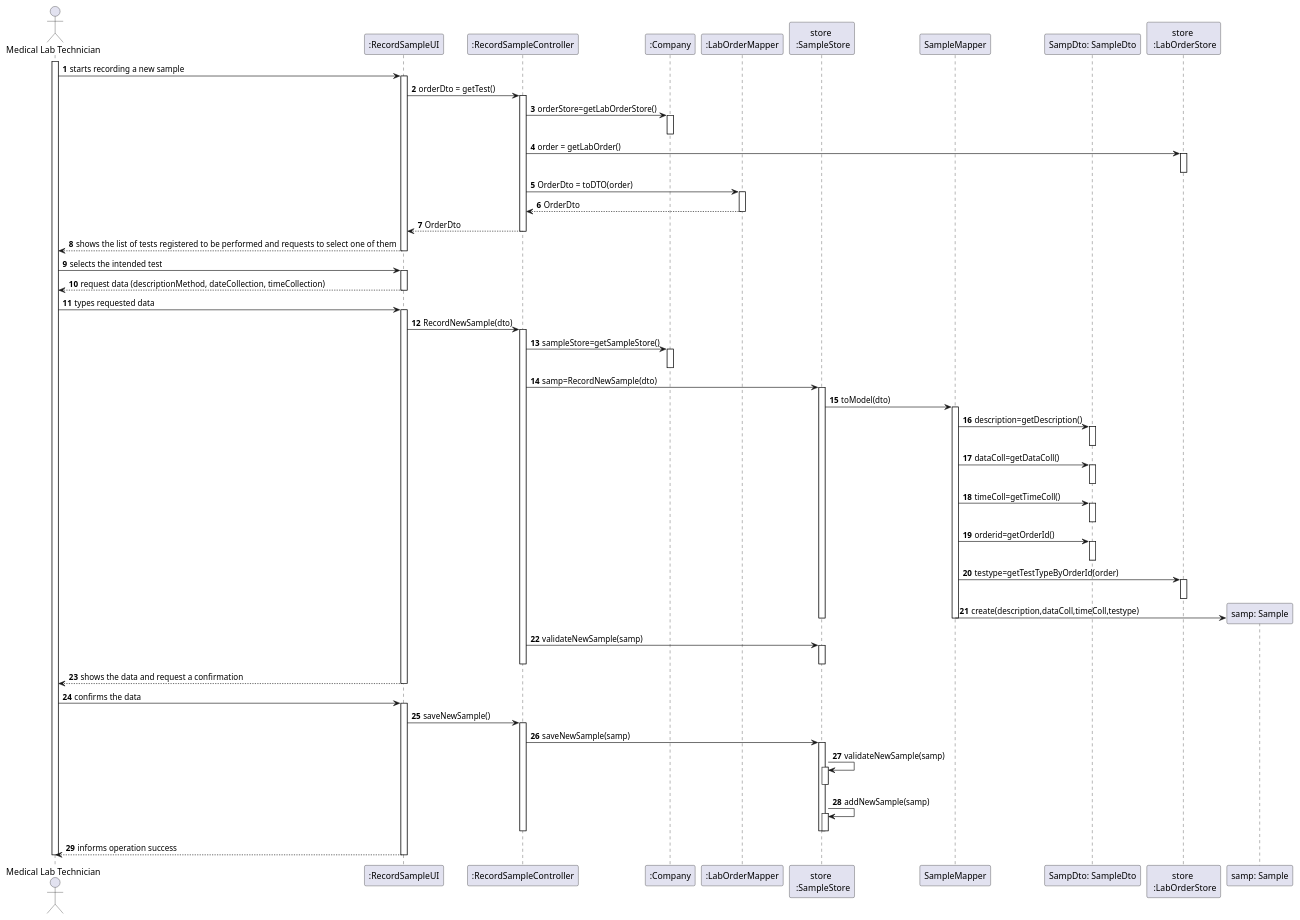
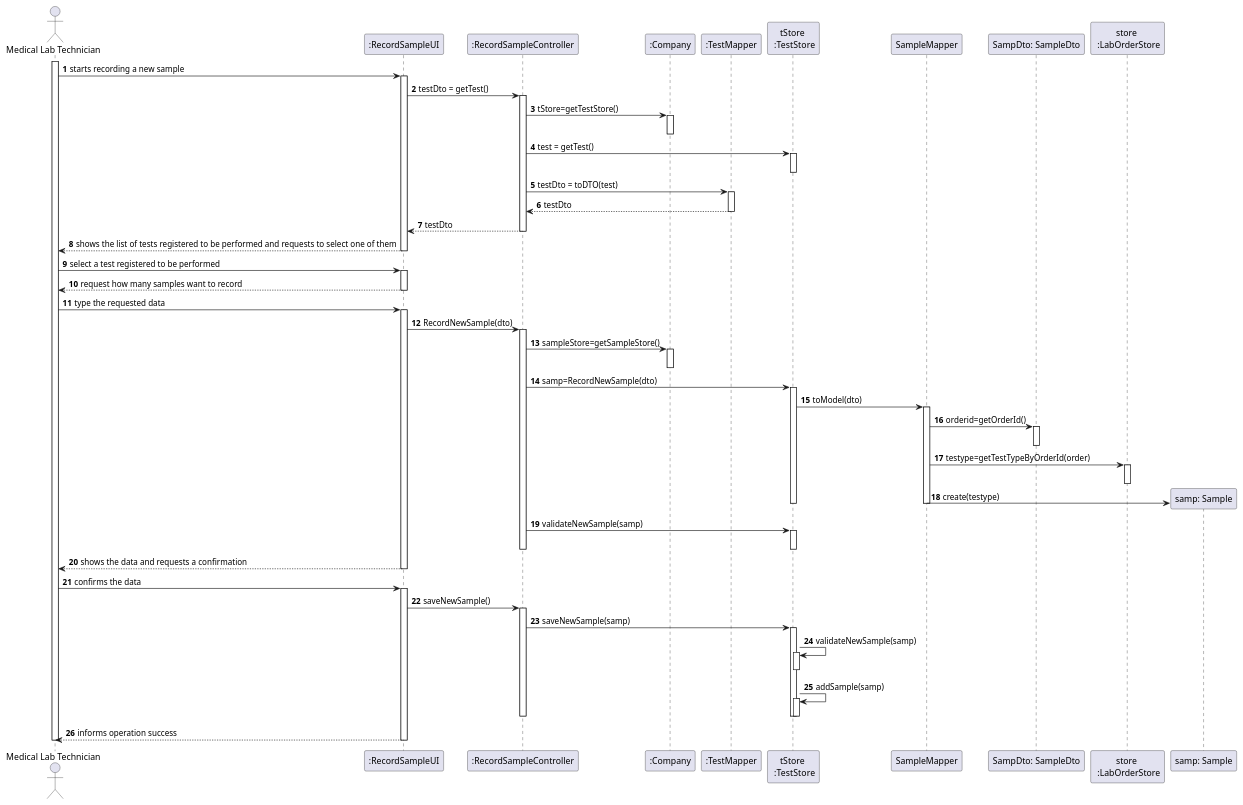
The diagram in docs/SprintC/US5_RecordTheSample/US005_SD.puml (Pedromaia26/LAPR2-ISEP), drawn with PlantUML before and after one commit. The commit also changed 12 other files, not shown here.

```diff
--- a/docs/SprintC/US5_RecordTheSample/US005_SD.puml
+++ b/docs/SprintC/US5_RecordTheSample/US005_SD.puml
@@ -1,116 +1,108 @@
 @startuml
 actor "Medical Lab Technician" as Adm
 participant ":RecordSampleUI" as Interface
 participant ":RecordSampleController" as Controller
 participant ":Company" as Company
-participant ":LabOrderMapper" as TM
-participant "store \n :SampleStore" as SS
+participant ":TestMapper" as TM
+participant "tStore \n :TestStore" as SS
 participant "SampleMapper" as SM
 participant "SampDto: SampleDto" as SD
 participant "store \n :LabOrderStore" as TS
-
-
 
 
  
  
 autonumber
 activate Adm
 Adm -> Interface: starts recording a new sample
 activate Interface
-Interface -> Controller: orderDto = getTest()
+Interface -> Controller: testDto = getTest()
 activate Controller
-Controller -> Company : orderStore=getLabOrderStore()
+Controller -> Company : tStore=getTestStore()
 activate Company
 deactivate Company
-Controller -> TS: order = getLabOrder()
-activate TS
-deactivate TS
-Controller -> TM: OrderDto = toDTO(order)
+Controller -> SS: test = getTest()
+activate SS
+deactivate SS
+Controller -> TM: testDto = toDTO(test)
 activate TM
 
-TM-->Controller : OrderDto 
+TM-->Controller : testDto
 deactivate TM
-Controller-->Interface : OrderDto 
+Controller-->Interface : testDto
 deactivate Controller
 Interface --> Adm: shows the list of tests registered to be performed and requests to select one of them
 deactivate Interface
 
 
 
-Adm -> Interface: selects the intended test
+Adm -> Interface: select a test registered to be performed
 activate Interface
-Interface --> Adm: request data (descriptionMethod, dateCollection, timeCollection)
+Interface--> Adm: request how many samples want to record
 deactivate Interface
 
+Adm -> Interface : type the requested data
 
-Adm -> Interface: types requested data
+
 activate Interface
+
 Interface->Controller: RecordNewSample(dto)
 activate Controller
 Controller -> Company : sampleStore=getSampleStore()
 activate Company
 Deactivate Company
 Controller->SS: samp=RecordNewSample(dto)
 activate SS
 
 
 SS->SM: toModel(dto)
 activate SM
-SM->SD: description=getDescription()
-activate SD
-deactivate SD
-SM->SD: dataColl=getDataColl()
-activate SD
-deactivate SD
-SM->SD: timeColl=getTimeColl()
-activate SD
-deactivate SD
 SM->SD: orderid=getOrderId()
 activate SD
 deactivate SD
 SM->TS: testype=getTestTypeByOrderId(order)
 activate TS
 deactivate TS
 
 
 
 
 create "samp: Sample" as samp
-SM->samp:  create(description,dataColl,timeColl,testype)
+SM->samp:  create(testype)
 
 
 
 deactivate SM
 deactivate SS
 
 Controller->SS:validateNewSample(samp)
 Activate SS
 deactivate SS
 
 deactivate Controller
 
-Interface--> Adm: shows the data and request a confirmation
+
+Interface-->Adm : shows the data and requests a confirmation
+
 deactivate Interface
-
 
 Adm -> Interface: confirms the data
 activate Interface
 Interface->Controller: saveNewSample()
 activate Controller
 Controller->SS:saveNewSample(samp)
 activate SS
 SS->SS:validateNewSample(samp)
 activate SS
 deactivate SS
-SS->SS:addNewSample(samp)
+SS->SS:addSample(samp)
 activate SS
 deactivate SS
 
 deactivate SS
 deactivate Controller
 Interface--> Adm: informs operation success
 
 deactivate Interface
 deactivate Adm
 @enduml
```
